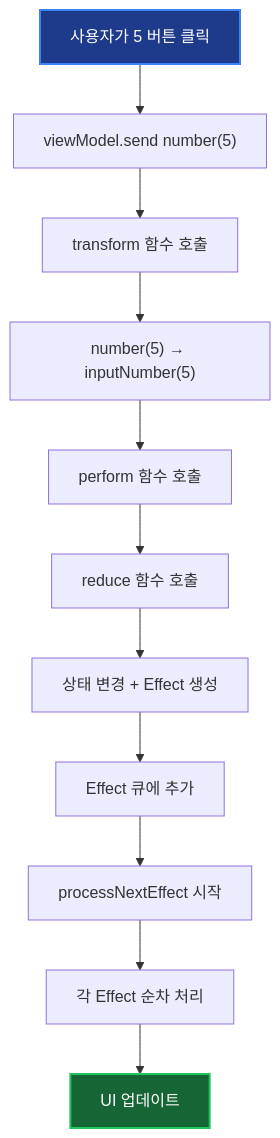
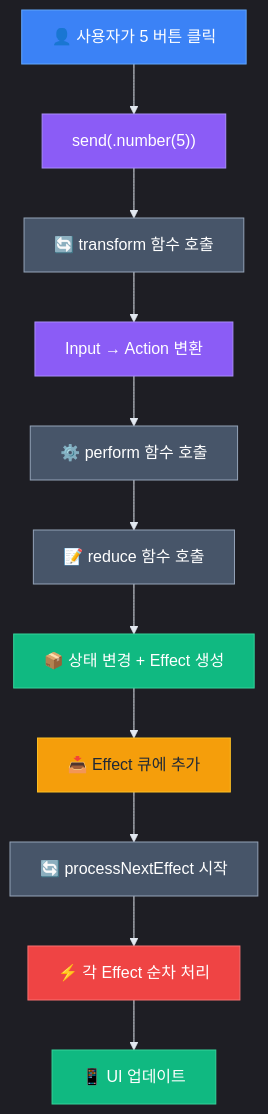
Before and after one commit to Jimmy-Jung/AsyncViewModel: the third of 5 diagrams in AsyncViewModel_동작원리_가이드.md, drawn with Mermaid. The commit also changed other lines of this file and 1 other file, not shown here.

First line of the commit message:
docs: [가이드-문서] AsyncViewModel 동작원리 가이드 및 README 개선

````diff
--- a/AsyncViewModel_동작원리_가이드.md
+++ b/AsyncViewModel_동작원리_가이드.md
@@ -533,16 +719,23 @@
 ```mermaid
+%%{init: {'theme': 'dark', 'themeVariables': {'lineColor': '#e2e8f0', 'textColor': '#f8fafc'}}}%%
 graph TD
-    A["사용자가 5 버튼 클릭"] --> B["viewModel.send number(5)"]
-    B --> C["transform 함수 호출"]
-    C --> D["number(5) → inputNumber(5)"]
-    D --> E["perform 함수 호출"]
-    E --> F["reduce 함수 호출"]
-    F --> G["상태 변경 + Effect 생성"]
-    G --> H["Effect 큐에 추가"]
-    H --> I["processNextEffect 시작"]
-    I --> J["각 Effect 순차 처리"]
-    J --> K["UI 업데이트"]
+    A["👤 사용자가 5 버튼 클릭"]:::user --> B["send(.number(5))"]:::send
+    B --> C["🔄 transform 함수 호출"]:::func
+    C --> D["Input → Action 변환"]:::transform
+    D --> E["⚙️ perform 함수 호출"]:::func
+    E --> F["📝 reduce 함수 호출"]:::func
+    F --> G["📦 상태 변경 + Effect 생성"]:::state
+    G --> H["📥 Effect 큐에 추가"]:::queue
+    H --> I["🔄 processNextEffect 시작"]:::func
+    I --> J["⚡ 각 Effect 순차 처리"]:::process
+    J --> K["📱 UI 업데이트"]:::ui
     
-    style A fill:#1e3a8a,stroke:#3b82f6,stroke-width:2px,color:#ffffff
-    style K fill:#166534,stroke:#22c55e,stroke-width:2px,color:#ffffff
+    classDef user fill:#3b82f6,stroke:#60a5fa,color:#ffffff
+    classDef send fill:#8b5cf6,stroke:#a78bfa,color:#ffffff
+    classDef func fill:#475569,stroke:#94a3b8,color:#ffffff
+    classDef transform fill:#8b5cf6,stroke:#a78bfa,color:#ffffff
+    classDef state fill:#10b981,stroke:#34d399,color:#ffffff
+    classDef queue fill:#f59e0b,stroke:#fbbf24,color:#1f2937
+    classDef process fill:#ef4444,stroke:#f87171,color:#ffffff
+    classDef ui fill:#10b981,stroke:#34d399,color:#ffffff
 ```
````
